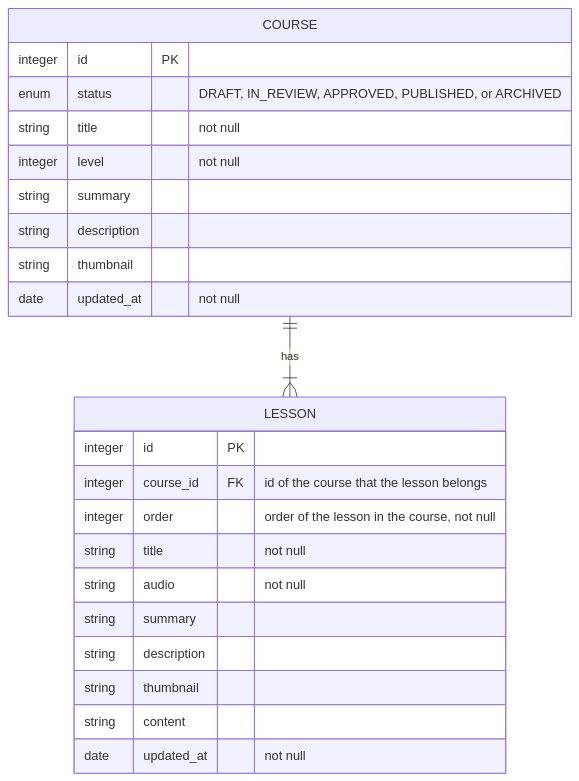
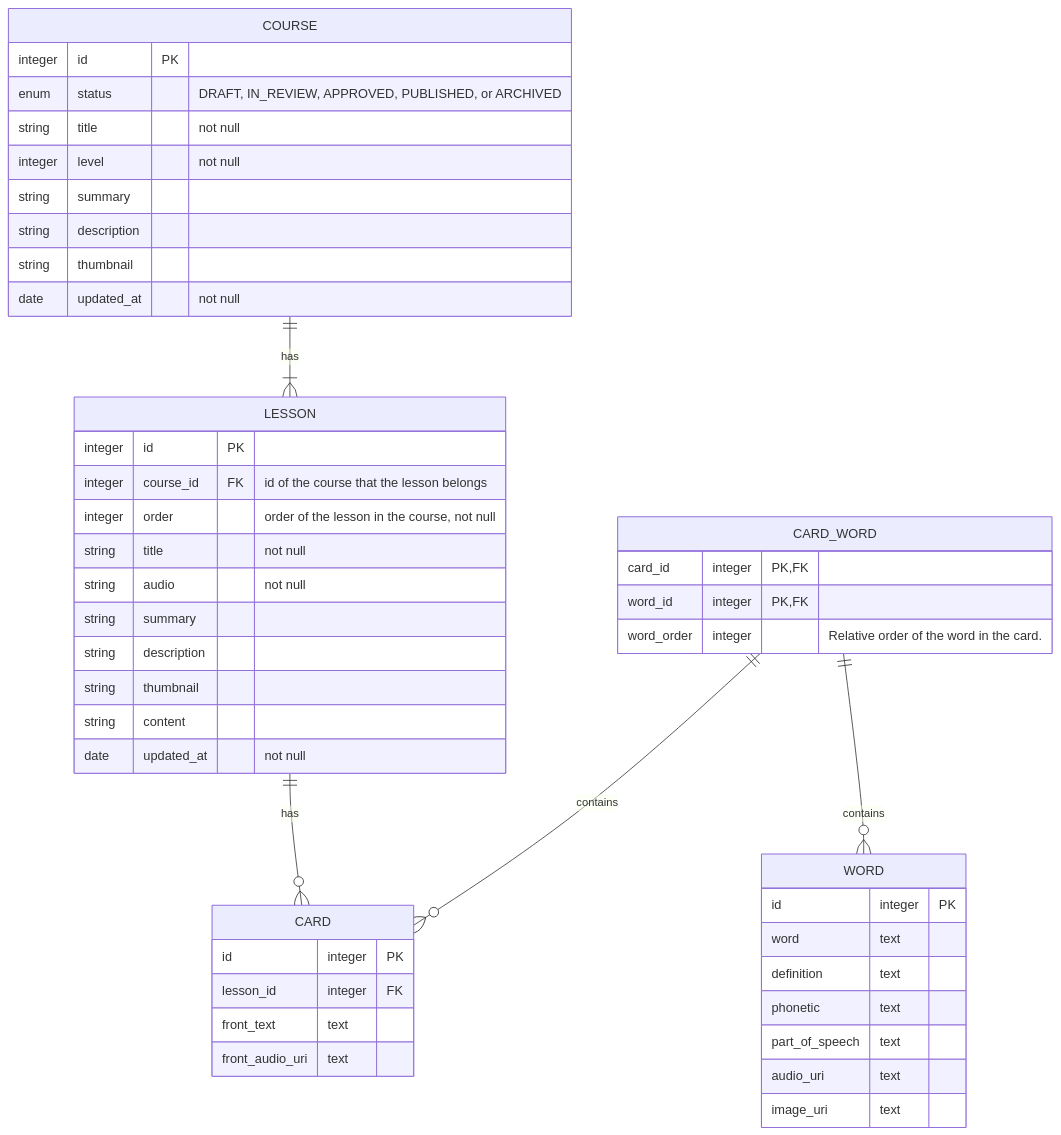
The diagram in docs/2. Technical Architecture/Data Model/Lessons/README.md (trancongbao/endeavor), drawn with Mermaid before and after one commit. The commit also changed 17 other files, not shown here.

````diff
--- a/docs/2. Technical Architecture/Data Model/Lessons/README.md
+++ b/docs/2. Technical Architecture/Data Model/Lessons/README.md
@@ -3,28 +3,54 @@
 ```mermaid
 erDiagram
   COURSE ||--|{ LESSON: has
+  LESSON ||--o{ CARD : has
+  CARD_WORD ||--o{ WORD : contains
+  CARD_WORD ||--o{ CARD : contains
 
   COURSE {
     integer id            PK
     enum    status            "DRAFT, IN_REVIEW, APPROVED, PUBLISHED, or ARCHIVED"
     string  title             "not null"
     integer level             "not null"
     string  summary
     string  description
     string  thumbnail
     date    updated_at        "not null"
   }
 
   LESSON {
     integer id            PK
     integer course_id     FK  "id of the course that the lesson belongs"
     integer order             "order of the lesson in the course, not null"
     string  title             "not null"
     string  audio             "not null"
     string  summary
     string  description
     string  thumbnail
     string  content
     date    updated_at        "not null"
   }
+
+  CARD {
+    id              integer   PK
+    lesson_id       integer   FK
+    front_text      text
+    front_audio_uri text
+  }
+
+  WORD {
+    id              integer   PK
+    word            text
+    definition      text
+    phonetic        text
+    part_of_speech  text
+    audio_uri       text
+    image_uri       text
+  }
+
+  CARD_WORD {
+    card_id         integer   PK,FK
+    word_id         integer   PK,FK
+    word_order      integer         "Relative order of the word in the card."
+  }
 ```
````
